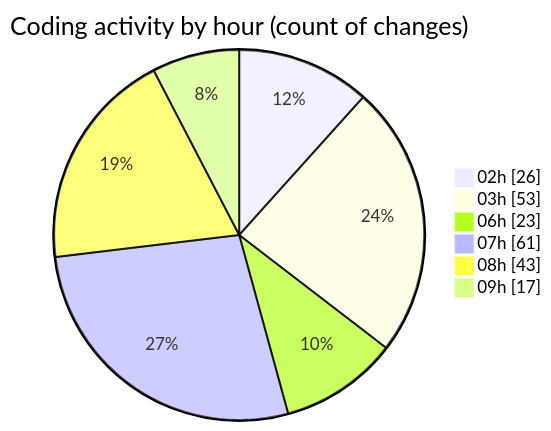
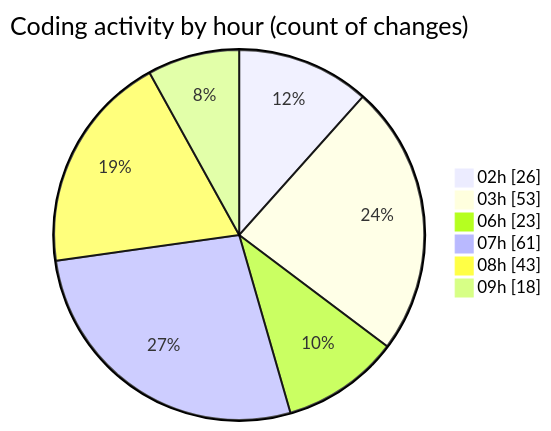
One commit to charlie-sans/code-tracking changed the second of 2 diagrams in 2025-02-22/micros/README.md. Above: the diagram before and after it, drawn with Mermaid. The commit also changed other lines of this file and 1 other file, not shown here.

````diff
--- a/2025-02-22/micros/README.md
+++ b/2025-02-22/micros/README.md
@@ -74,10 +74,10 @@
 ```mermaid
 pie showData
 title Coding activity by hour (count of changes)
 "02h" : 26
 "03h" : 53
 "06h" : 23
 "07h" : 61
 "08h" : 43
-"09h" : 17
+"09h" : 18
 ```
````
